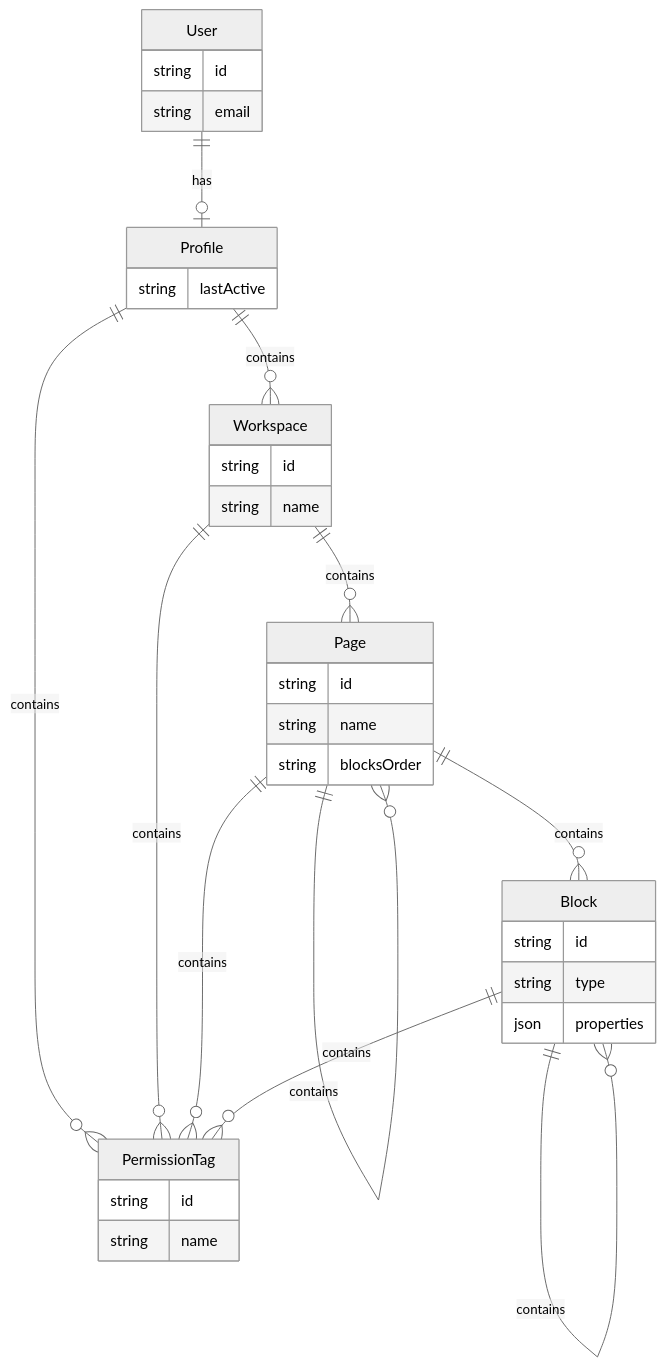
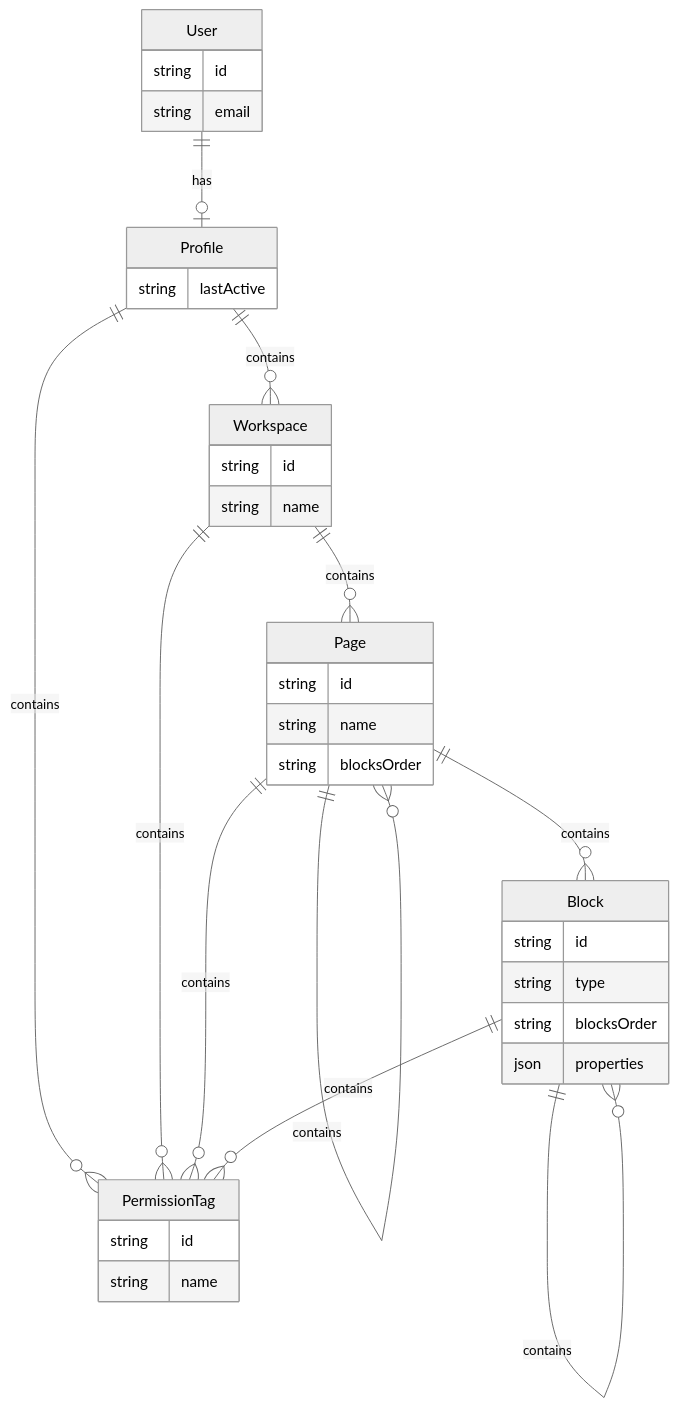
Before and after one commit to idealjs/chao-feng: the diagram in docs/er.md, drawn with Mermaid (neutral theme).

Commit message:
docs: update er

````diff
--- a/docs/er.md
+++ b/docs/er.md
@@ -1,45 +1,46 @@
 ```mermaid
 erDiagram
 
 User {
 	string id
 	string email
 }
 
 Profile {
 	string lastActive
 }
 
 PermissionTag {
   string id
   string name
 }
 
 Workspace {
   string id
   string name
 }
 
 Page {
   string id
   string name
   string blocksOrder
 }
 
 Block {
   string id
   string type
+  string blocksOrder
   json properties
 }
 
 User ||--o| Profile: has
 Profile ||--o{ Workspace : contains
 Profile ||--o{ PermissionTag : contains
 Workspace ||--o{ PermissionTag : contains
 Workspace ||--o{ Page : contains
 Page ||--o{ Block : contains
 Page ||--o{ Page : contains
 Page ||--o{ PermissionTag : contains
 Block ||--o{ PermissionTag : contains
 Block ||--o{ Block : contains
 ```
````
